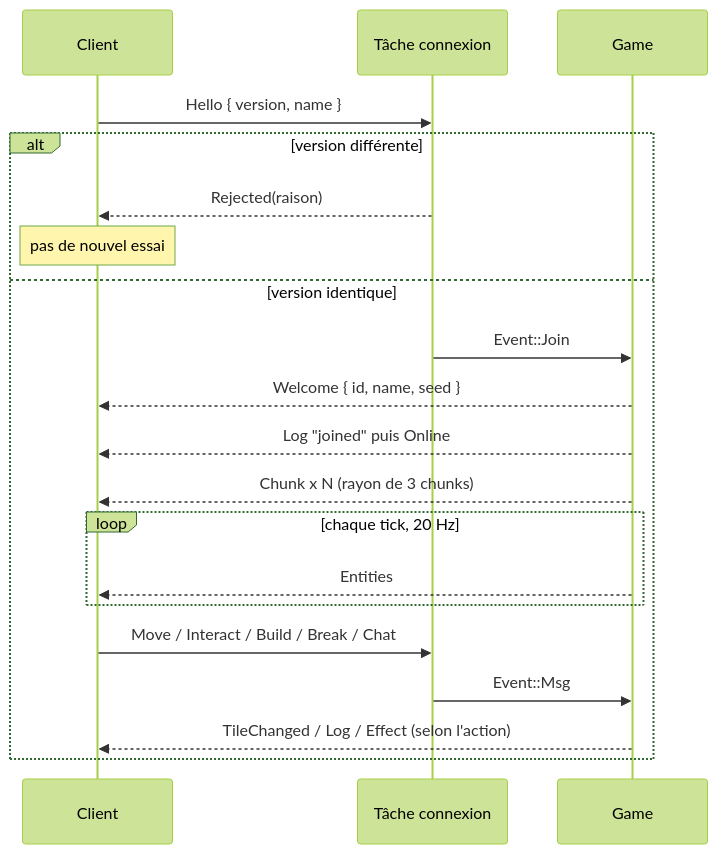
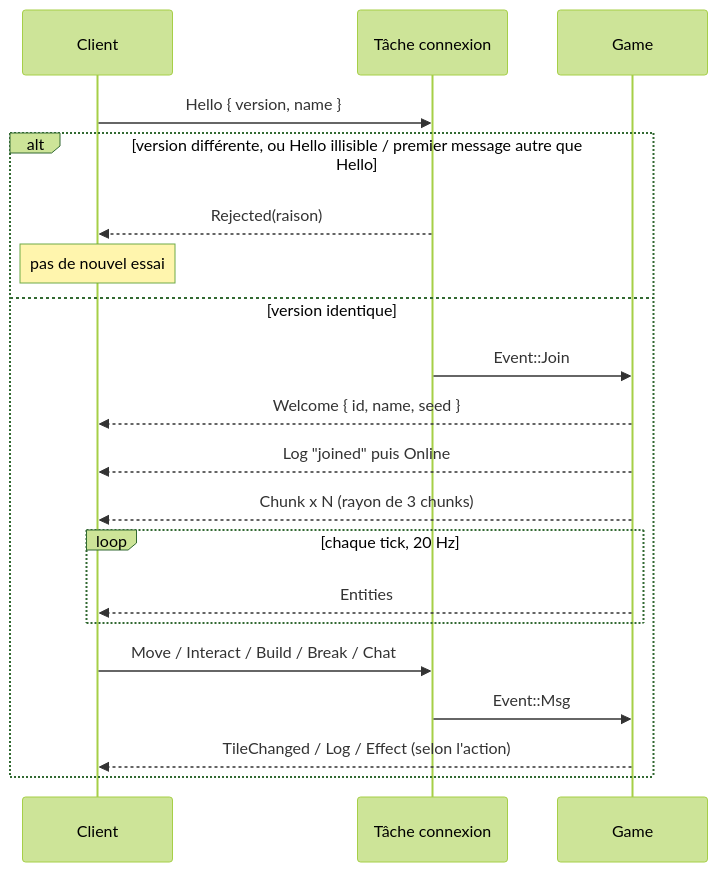
One commit to SuperKiment/console-rust-game-idk changed the diagram in docs/project-specific-docs/console-rust-game-idk/carto-protocole.md. Above: the diagram before and after it, drawn with Mermaid (forest theme). The commit also changed other lines of this file and 6 other files, not shown here.

````diff
--- a/docs/project-specific-docs/console-rust-game-idk/carto-protocole.md
+++ b/docs/project-specific-docs/console-rust-game-idk/carto-protocole.md
@@ -48,22 +48,22 @@
 ```mermaid
 sequenceDiagram
     participant C as Client
     participant N as Tâche connexion
     participant G as Game
     C->>N: Hello { version, name }
-    alt version différente
+    alt version différente, ou Hello illisible / premier message autre que Hello
         N-->>C: Rejected(raison)
         Note over C: pas de nouvel essai
     else version identique
         N->>G: Event::Join
         G-->>C: Welcome { id, name, seed }
         G-->>C: Log "joined" puis Online
         G-->>C: Chunk x N (rayon de 3 chunks)
         loop chaque tick, 20 Hz
             G-->>C: Entities
         end
         C->>N: Move / Interact / Build / Break / Chat
         N->>G: Event::Msg
         G-->>C: TileChanged / Log / Effect (selon l'action)
     end
 ```
````
